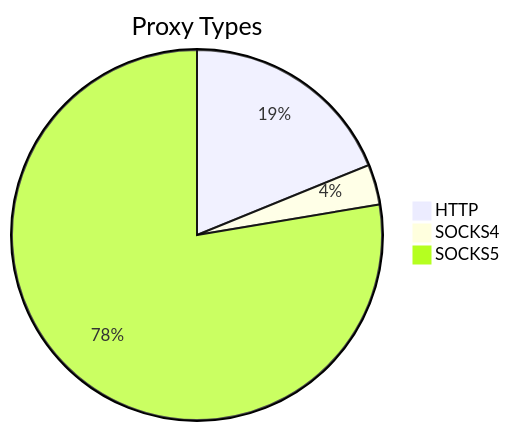
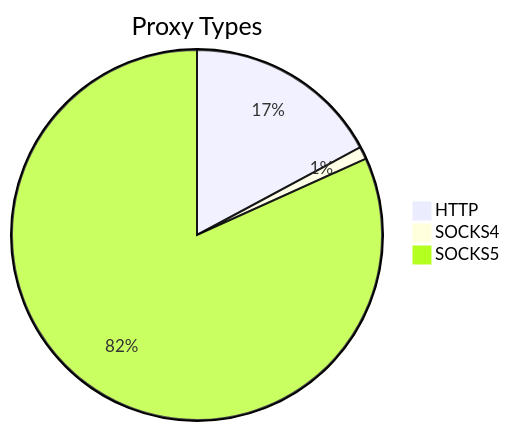
One commit to stormsia/proxy-list changed the first of 2 diagrams in README.md. Above: the diagram before and after it, drawn with Mermaid. The commit also changed other lines of this file, not shown here.

````diff
--- a/README.md
+++ b/README.md
@@ -21,6 +21,6 @@
 ```mermaid
 pie title Proxy Types
-    "HTTP" : 75
-    "SOCKS4" : 14
-    "SOCKS5" : 309
+    "HTTP" : 94
+    "SOCKS4" : 6
+    "SOCKS5" : 448
 ```
````
